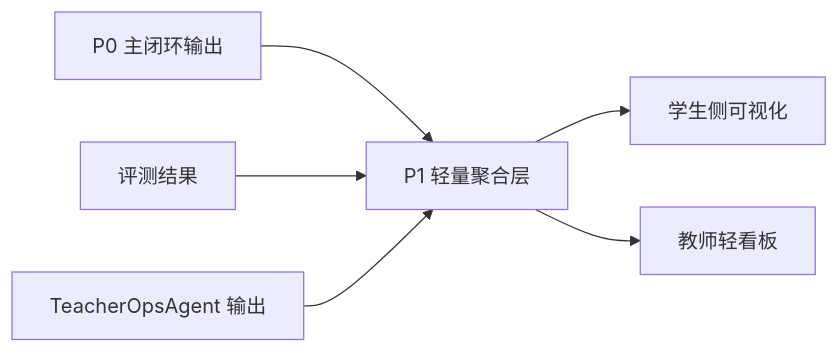
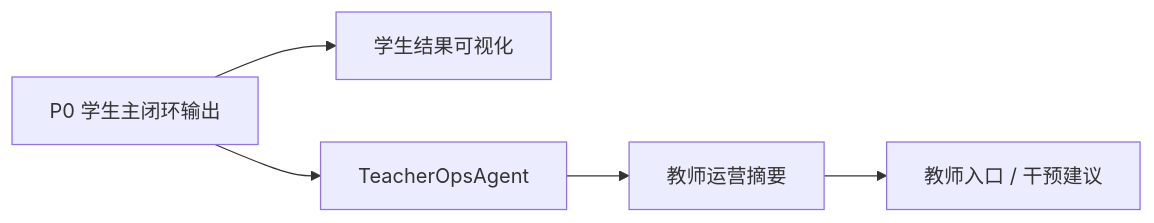
One commit to chenqsq/doc-showcase changed the diagram in doc/智能体文档/子引擎层/实施附录/02-P1-可视化与教师运营-架构设计.md. Above: the diagram before and after it, drawn with Mermaid. The commit also changed other lines of this file and 20 other files, not shown here.

````diff
--- a/doc/智能体文档/子引擎层/实施附录/02-P1-可视化与教师运营-架构设计.md
+++ b/doc/智能体文档/子引擎层/实施附录/02-P1-可视化与教师运营-架构设计.md
@@ -181,8 +57,7 @@
 ```mermaid
 flowchart LR
-    A["P0 主闭环输出"] --> D["P1 轻量聚合层"]
-    B["评测结果"] --> D
-    C["TeacherOpsAgent 输出"] --> D
-    D --> E["学生侧可视化"]
-    D --> F["教师轻看板"]
+    A["P0 学生主闭环输出"] --> B["学生结果可视化"]
+    A --> C["TeacherOpsAgent"]
+    C --> D["教师运营摘要"]
+    D --> E["教师入口 / 干预建议"]
 ```
````
